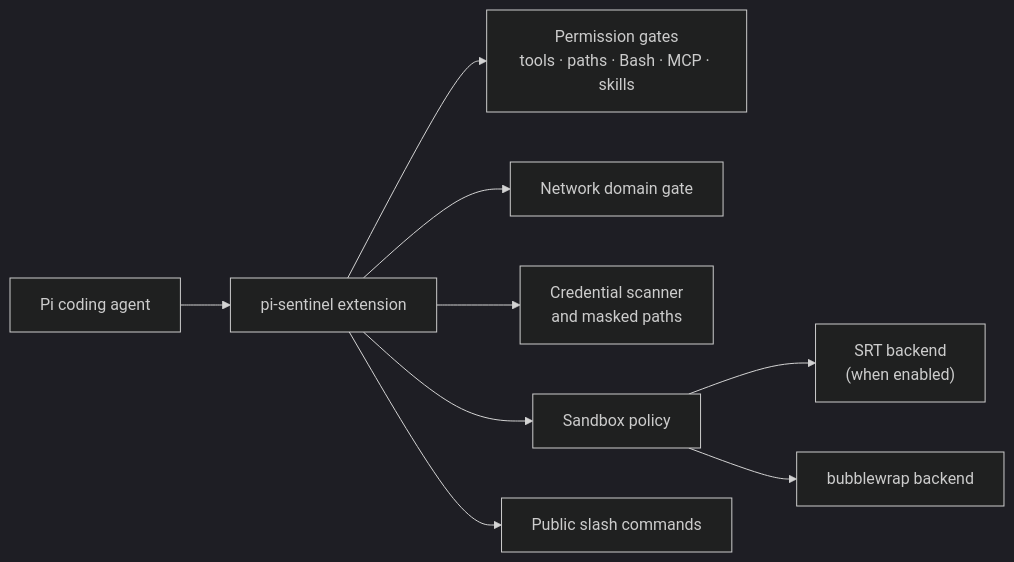
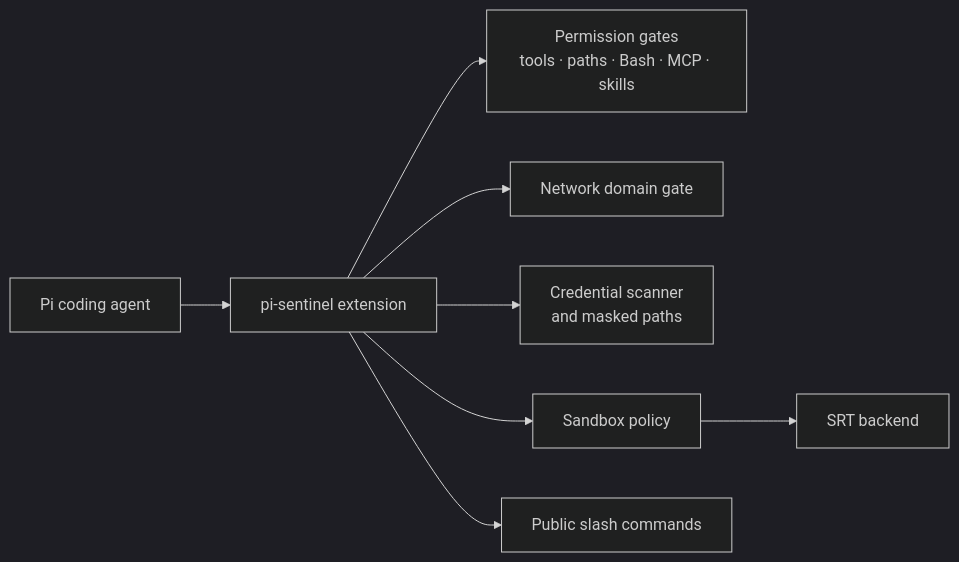
Before and after one commit to DxTa/pi-sentinel: the diagram in README.md, drawn with Mermaid (dark theme). The commit also changed other lines of this file and 29 other files, not shown here.

````diff
--- a/README.md
+++ b/README.md
@@ -32,11 +32,10 @@
 ```mermaid
 flowchart LR
     Pi["Pi coding agent"] --> Sentinel["pi-sentinel extension"]
     Sentinel --> Permissions["Permission gates<br/>tools · paths · Bash · MCP · skills"]
     Sentinel --> Network["Network domain gate"]
     Sentinel --> Credentials["Credential scanner<br/>and masked paths"]
     Sentinel --> Sandbox["Sandbox policy"]
-    Sandbox --> SRT["SRT backend<br/>(when enabled)"]
-    Sandbox --> Bwrap["bubblewrap backend"]
+    Sandbox --> SRT["SRT backend"]
     Sentinel --> Commands["Public slash commands"]
 ```
````
